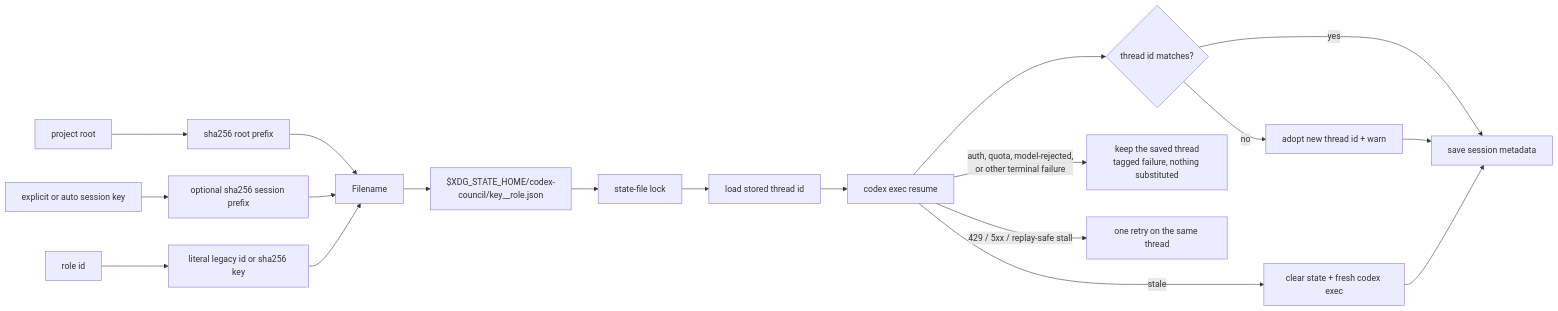
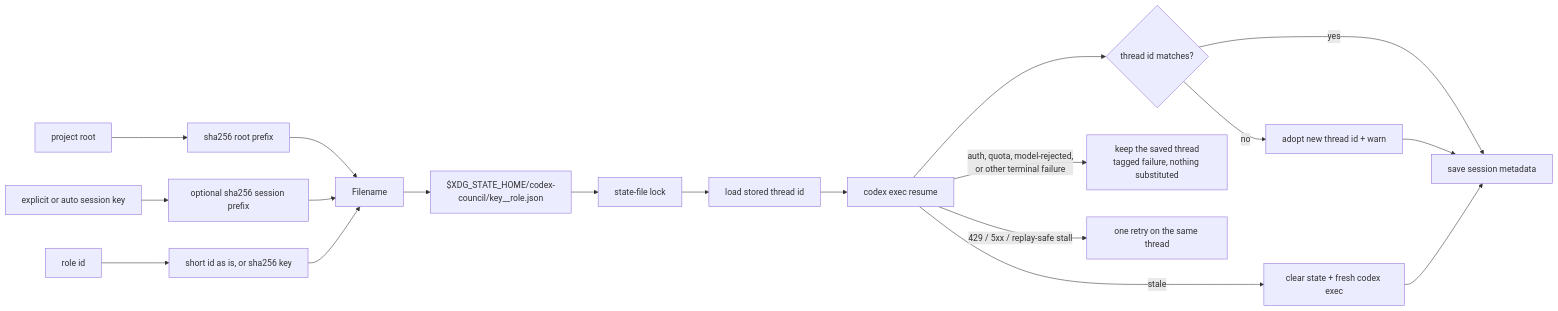
Before and after one commit to ehzawad/codex-council: the sixth of 6 diagrams in DESIGN.md, drawn with Mermaid. The commit also changed other lines of this file and 23 other files, not shown here.

````diff
--- a/DESIGN.md
+++ b/DESIGN.md
@@ -1190,22 +1163,22 @@
 ```mermaid
 flowchart LR
     Root["project root"] --> RootHash["sha256 root prefix"]
     Env["explicit or auto session key"] --> SessionHash["optional sha256 session prefix"]
-    Role["role id"] --> RoleKey["literal legacy id or sha256 key"]
+    Role["role id"] --> RoleKey["short id as is, or sha256 key"]
 
     RootHash --> Filename
     SessionHash --> Filename
     RoleKey --> Filename
     Filename --> State["$XDG_STATE_HOME/codex-council/key__role.json"]
     State --> Lock["state-file lock"]
     Lock --> Load["load stored thread id"]
     Load --> Resume["codex exec resume"]
     Resume --> Match{"thread id matches?"}
     Match -->|yes| Save["save session metadata"]
     Match -->|no| Adopt["adopt new thread id + warn"]
     Adopt --> Save
     Resume -->|stale| Fresh["clear state + fresh codex exec"]
     Fresh --> Save
     Resume -->|"auth, quota, model-rejected,<br/>or other terminal failure"| Keep["keep the saved thread<br/>tagged failure, nothing substituted"]
     Resume -->|"429 / 5xx / replay-safe stall"| Retry["one retry on the same thread"]
 ```
````
